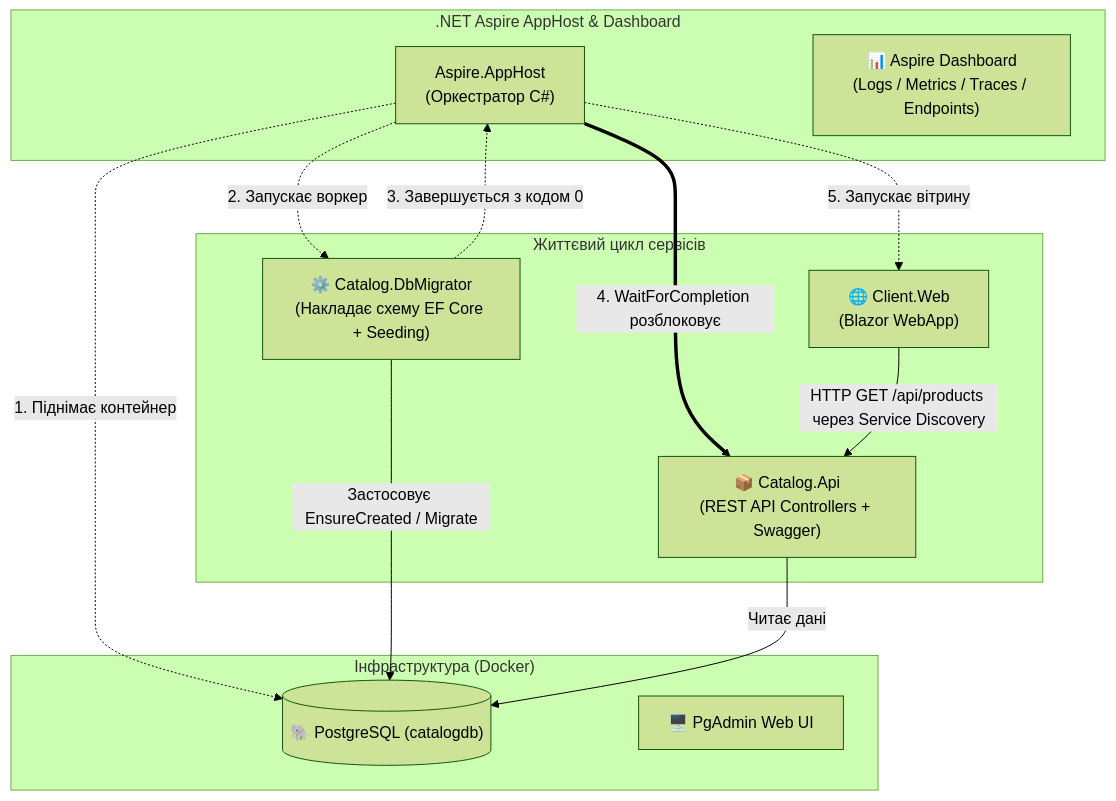
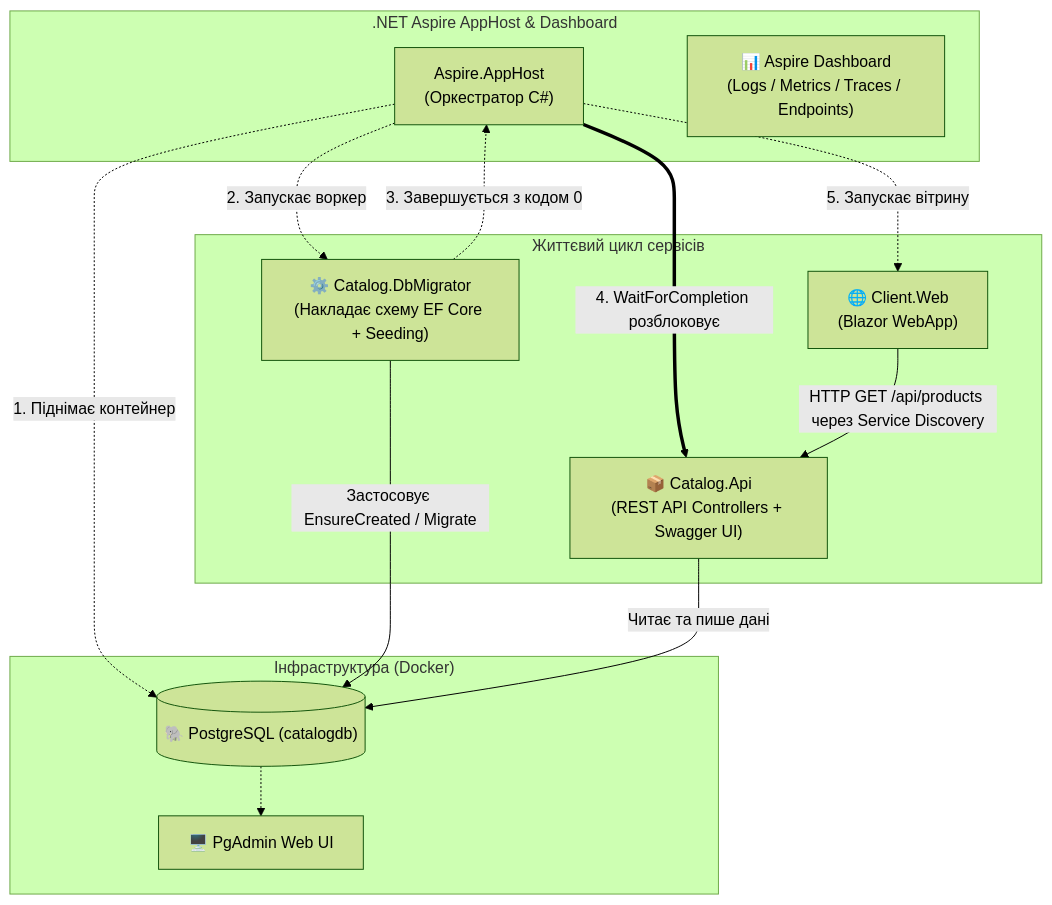
Before and after one commit to MrTomkaYurii/Microservices-Aspire-Mastery: the diagram in 01-Aspire-Fundamentals-And-DbMigrations/README.md, drawn with Mermaid (forest theme). The commit also changed other lines of this file and 49 other files, not shown here.

````diff
--- a/01-Aspire-Fundamentals-And-DbMigrations/README.md
+++ b/01-Aspire-Fundamentals-And-DbMigrations/README.md
@@ -9,34 +9,30 @@
 ```mermaid
 flowchart TD
     subgraph AspireOrchestration [".NET Aspire AppHost & Dashboard"]
-        AppHost["Aspire.AppHost
-(Оркестратор C#)"]
-        Dashboard["📊 Aspire Dashboard
-(Logs / Metrics / Traces / Endpoints)"]
+        AppHost["Aspire.AppHost<br/>(Оркестратор C#)"]
+        Dashboard["📊 Aspire Dashboard<br/>(Logs / Metrics / Traces / Endpoints)"]
     end
 
     subgraph Infrastructure ["Інфраструктура (Docker)"]
         Postgres[("🐘 PostgreSQL (catalogdb)")]
         PgAdmin["🖥️ PgAdmin Web UI"]
     end
 
     subgraph ExecutionFlow ["Життєвий цикл сервісів"]
-        Migrator["⚙️ Catalog.DbMigrator
-(Накладає схему EF Core + Seeding)"]
-        CatalogApi["📦 Catalog.Api
-(REST API Controllers + Swagger)"]
-        ClientWeb["🌐 Client.Web
-(Blazor WebApp)"]
+        Migrator["⚙️ Catalog.DbMigrator<br/>(Накладає схему EF Core + Seeding)"]
+        CatalogApi["📦 Catalog.Api<br/>(REST API Controllers + Swagger UI)"]
+        ClientWeb["🌐 Client.Web<br/>(Blazor WebApp)"]
     end
 
-    AppHost -.->|1. Піднімає контейнер| Postgres
-    AppHost -.->|2. Запускає воркер| Migrator
-    Migrator -->|Застосовує EnsureCreated / Migrate| Postgres
-    Migrator -.->|3. Завершується з кодом 0| AppHost
+    AppHost -.->|"1. Піднімає контейнер"| Postgres
+    Postgres -.-> PgAdmin
+    AppHost -.->|"2. Запускає воркер"| Migrator
+    Migrator -->|"Застосовує EnsureCreated / Migrate"| Postgres
+    Migrator -.->|"3. Завершується з кодом 0"| AppHost
     
-    AppHost ==>|4. WaitForCompletion розблоковує| CatalogApi
-    CatalogApi -->|Читає дані| Postgres
+    AppHost ==>|"4. WaitForCompletion розблоковує"| CatalogApi
+    CatalogApi -->|"Читає та пише дані"| Postgres
     
-    AppHost -.->|5. Запускає вітрину| ClientWeb
-    ClientWeb -->|HTTP GET /api/products через Service Discovery| CatalogApi
+    AppHost -.->|"5. Запускає вітрину"| ClientWeb
+    ClientWeb -->|"HTTP GET /api/products через Service Discovery"| CatalogApi
 ```
````
